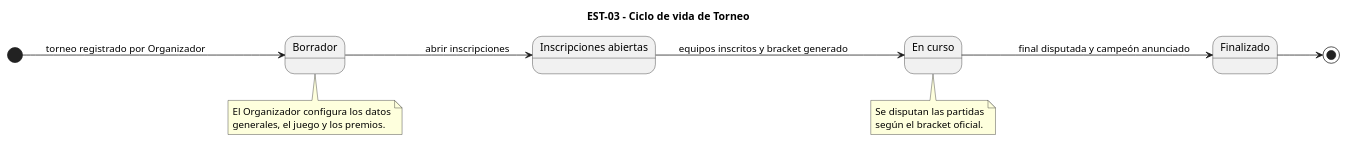
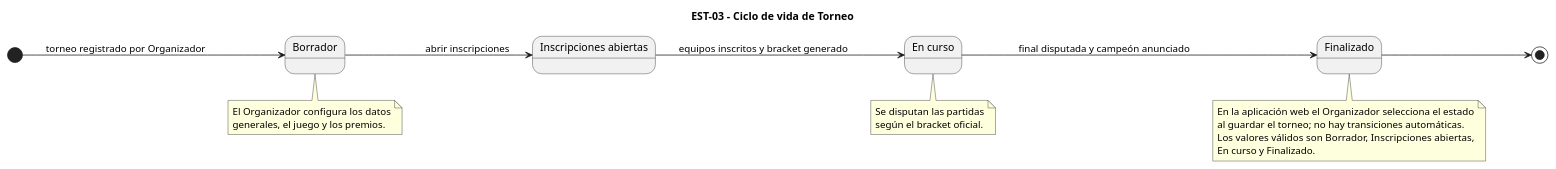
Before and after one commit to E-SportsFocus/Organizacion_de_torneos: the diagram in diagramas/est-03.puml, drawn with PlantUML. The commit also changed 38 other files, not shown here.

```diff
--- a/diagramas/est-03.puml
+++ b/diagramas/est-03.puml
@@ -1,24 +1,31 @@
 @startuml est-03
 title EST-03 - Ciclo de vida de Torneo
 left to right direction
 
 [*] --> Borrador : torneo registrado por Organizador
 
 Borrador --> InscripcionesAbiertas : abrir inscripciones
 InscripcionesAbiertas --> EnCurso : equipos inscritos y bracket generado
 EnCurso --> Finalizado : final disputada y campeón anunciado
 Finalizado --> [*]
 
 state "Inscripciones abiertas" as InscripcionesAbiertas
 state "En curso" as EnCurso
 
 note bottom of Borrador
   El Organizador configura los datos
   generales, el juego y los premios.
 end note
 
 note bottom of EnCurso
   Se disputan las partidas
   según el bracket oficial.
 end note
+
+note bottom of Finalizado
+  En la aplicación web el Organizador selecciona el estado
+  al guardar el torneo; no hay transiciones automáticas.
+  Los valores válidos son Borrador, Inscripciones abiertas,
+  En curso y Finalizado.
+end note
 @enduml
```
